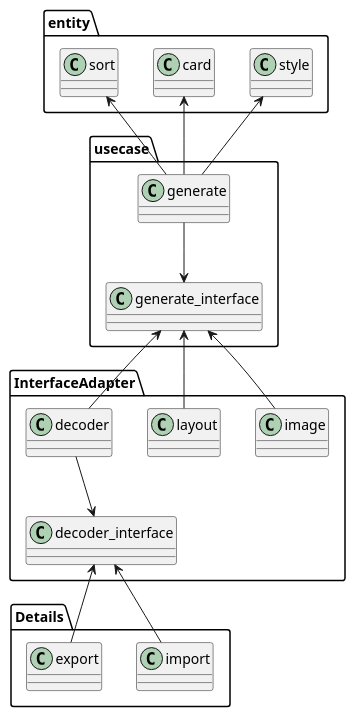
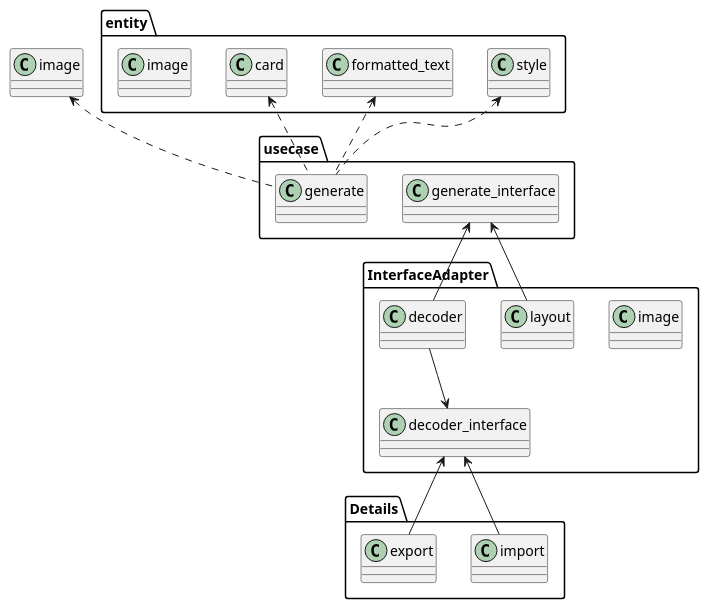
The diagram in misc/design/class.pu (lapis2411/card-generator), drawn with PlantUML before and after one commit.

Commit message:
update design

```diff
--- a/misc/design/class.pu
+++ b/misc/design/class.pu
@@ -1,36 +1,36 @@
 @startuml
 top to bottom direction
 package entity {
     class card
+    class formatted_text
+    class image
     class style
-    class sort
 }
 
 package usecase {
     class generate
     class generate_interface
 }
 
 package InterfaceAdapter{
     class image
     class layout
     class decoder
     class decoder_interface
 }
 
 package Details {
     class import
     class export
 }
 
-generate -up-> sort
-generate -up-> card
-generate -up-> style
-generate -down-> generate_interface
-image -up-> generate_interface
+generate .up.> card
+generate .up.> formatted_text
+generate .up.> image
+generate .up.> style
 layout -up-> generate_interface
 decoder -up-> generate_interface
 decoder -down-> decoder_interface
 import -up-> decoder_interface
 export -up-> decoder_interface
 @enduml
```
